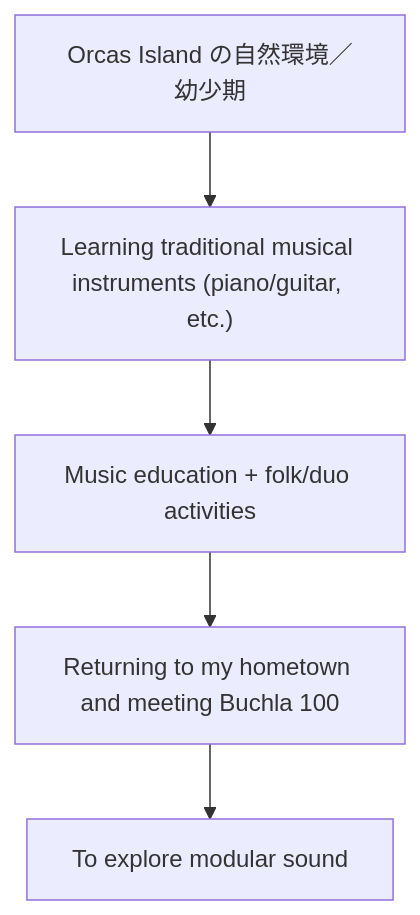
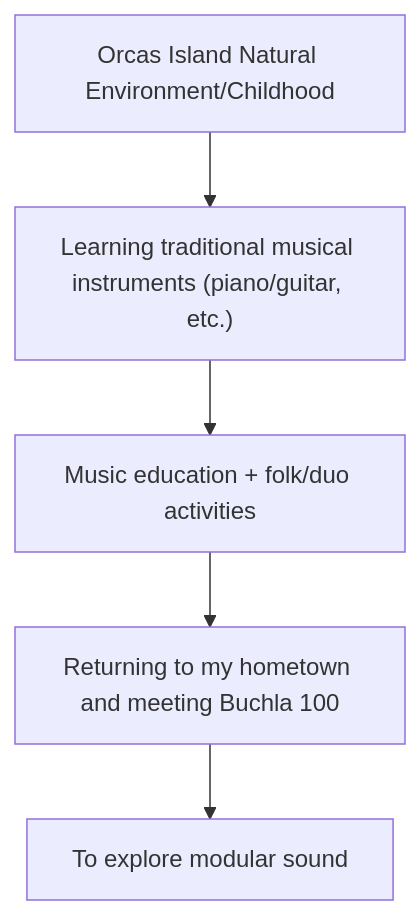
One commit to monumental-movement/monumental-movement.github.io changed the first of 2 diagrams in en/_posts/2025-12-01-column-kaitlyn-aurelia-smith.md. Above: the diagram before and after it, drawn with Mermaid. The commit also changed other lines of this file and 801 other files, not shown here.

```diff
--- a/en/_posts/2025-12-01-column-kaitlyn-aurelia-smith.md
+++ b/en/_posts/2025-12-01-column-kaitlyn-aurelia-smith.md
@@ -140,7 +140,7 @@
 <div class="mermaid">
 graph TD
-    A["Orcas Island の自然環境／幼少期"] --> B["Learning traditional musical instruments (piano/guitar, etc.)"]
+    A["Orcas Island Natural Environment/Childhood"] --> B["Learning traditional musical instruments (piano/guitar, etc.)"]
     B --> C["Music education + folk/duo activities"]
     C --> D["Returning to my hometown and meeting Buchla 100"]
     D --> E["To explore modular sound"]
 </div>
```
